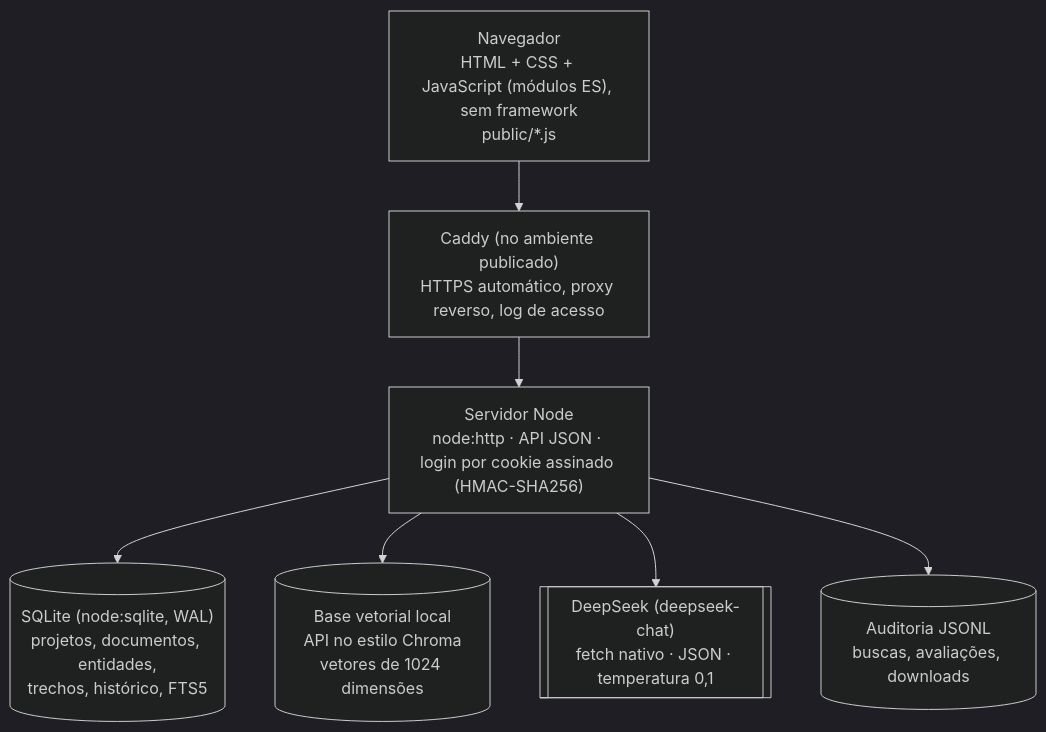
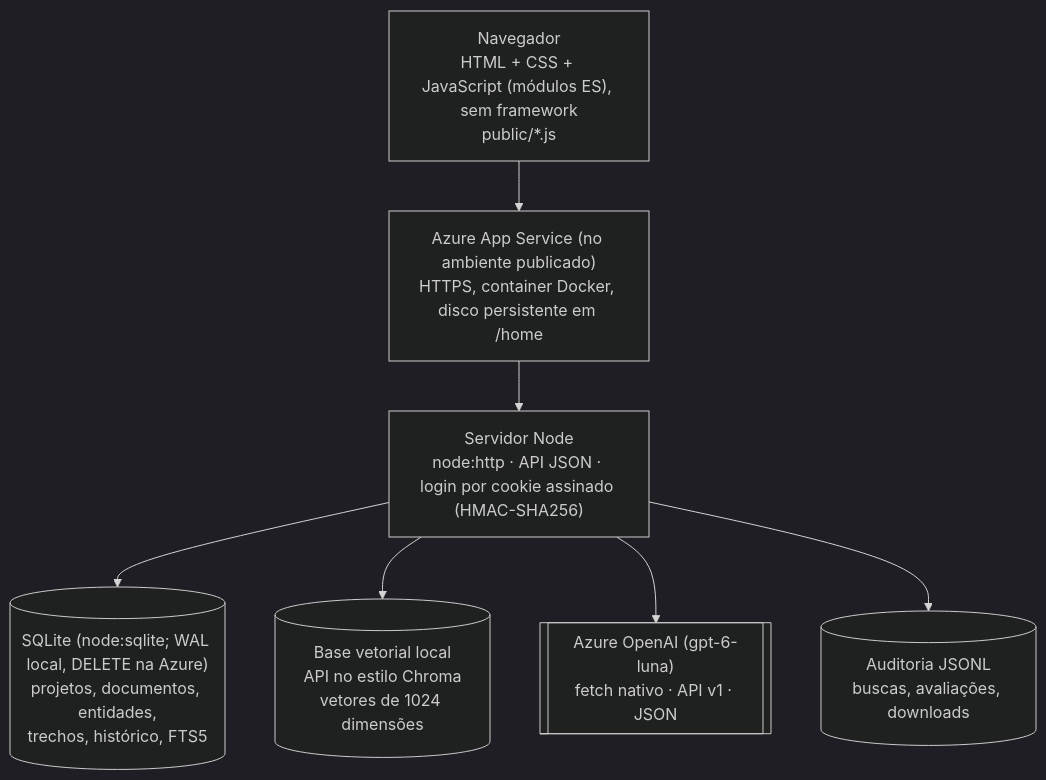
The second of 16 diagrams in radar-v0/docs/COMO-FUNCIONA-O-RADAR.md (ivanltds/ntt-power-house), drawn with Mermaid (dark theme) before and after one commit. The commit also changed other lines of this file and 9 other files, not shown here.

First line of the commit message:
Radar: textos e documentação com Azure OpenAI, .dockerignore fechado e guia de deploy revisado

````diff
--- a/radar-v0/docs/COMO-FUNCIONA-O-RADAR.md
+++ b/radar-v0/docs/COMO-FUNCIONA-O-RADAR.md
@@ -111,11 +111,11 @@
 ```mermaid
 flowchart TB
   N["Navegador<br/>HTML + CSS + JavaScript (módulos ES), sem framework<br/>public/*.js"]
-  C["Caddy (no ambiente publicado)<br/>HTTPS automático, proxy reverso, log de acesso"]
+  C["Azure App Service (no ambiente publicado)<br/>HTTPS, container Docker, disco persistente em /home"]
   S["Servidor Node<br/>node:http · API JSON · login por cookie assinado (HMAC-SHA256)"]
   N --> C --> S
-  S --> DB[("SQLite (node:sqlite, WAL)<br/>projetos, documentos, entidades,<br/>trechos, histórico, FTS5")]
+  S --> DB[("SQLite (node:sqlite; WAL local, DELETE na Azure)<br/>projetos, documentos, entidades,<br/>trechos, histórico, FTS5")]
   S --> VS[("Base vetorial local<br/>API no estilo Chroma<br/>vetores de 1024 dimensões")]
-  S --> IA[["DeepSeek (deepseek-chat)<br/>fetch nativo · JSON · temperatura 0,1"]]
+  S --> IA[["Azure OpenAI (gpt-6-luna)<br/>fetch nativo · API v1 · JSON"]]
   S --> AU[("Auditoria JSONL<br/>buscas, avaliações, downloads")]
 ```
````
